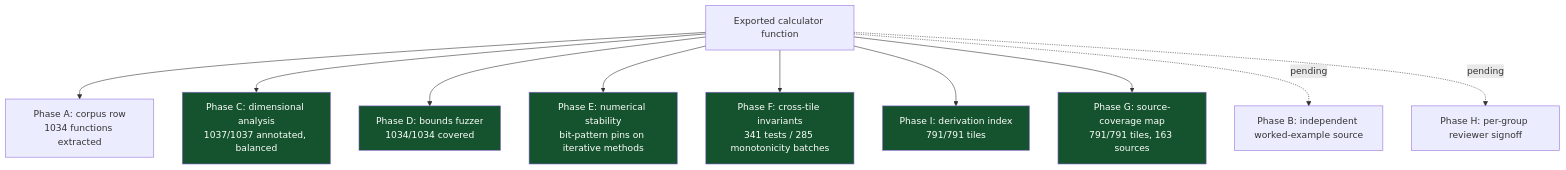
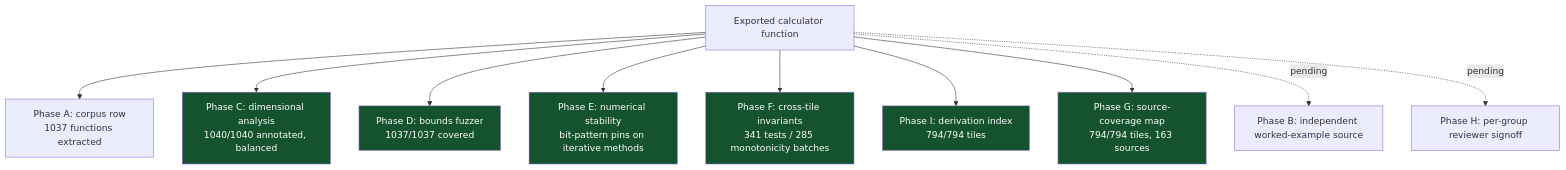
The sixth of 8 diagrams in README.md (clay-good/roughlogic.com), drawn with Mermaid before and after one commit. The commit also changed other lines of this file and 18 other files, not shown here.

````diff
--- a/README.md
+++ b/README.md
@@ -519,18 +519,18 @@
 ```mermaid
 flowchart TB
-    F[Exported calculator function] --> A[Phase A: corpus row\n1034 functions extracted]
-    F --> C[Phase C: dimensional analysis\n1037/1037 annotated, balanced]
-    F --> D[Phase D: bounds fuzzer\n1034/1034 covered]
+    F[Exported calculator function] --> A[Phase A: corpus row\n1037 functions extracted]
+    F --> C[Phase C: dimensional analysis\n1040/1040 annotated, balanced]
+    F --> D[Phase D: bounds fuzzer\n1037/1037 covered]
     F --> E[Phase E: numerical stability\nbit-pattern pins on iterative methods]
     F --> Fa[Phase F: cross-tile invariants\n341 tests / 285 monotonicity batches]
-    F --> I[Phase I: derivation index\n791/791 tiles]
-    F --> G[Phase G: source-coverage map\n791/791 tiles, 163 sources]
+    F --> I[Phase I: derivation index\n794/794 tiles]
+    F --> G[Phase G: source-coverage map\n794/794 tiles, 163 sources]
     F -.pending.-> B[Phase B: independent worked-example source]
     F -.pending.-> H[Phase H: per-group reviewer signoff]
     style C fill:#14532d,color:#fff
     style D fill:#14532d,color:#fff
     style E fill:#14532d,color:#fff
     style Fa fill:#14532d,color:#fff
     style G fill:#14532d,color:#fff
     style I fill:#14532d,color:#fff
 ```
````
